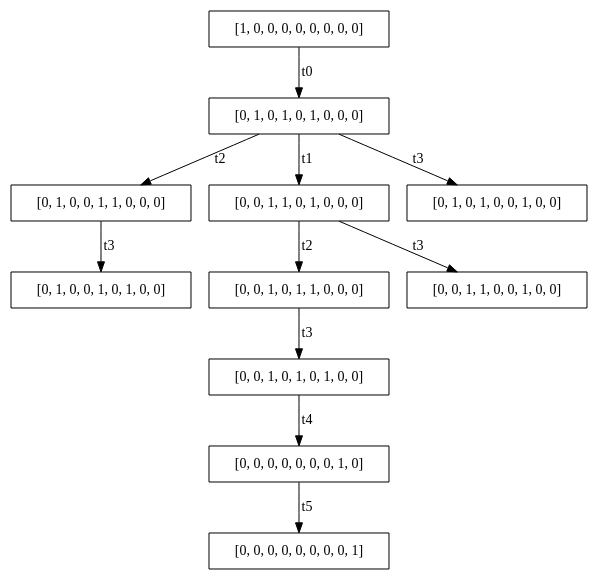
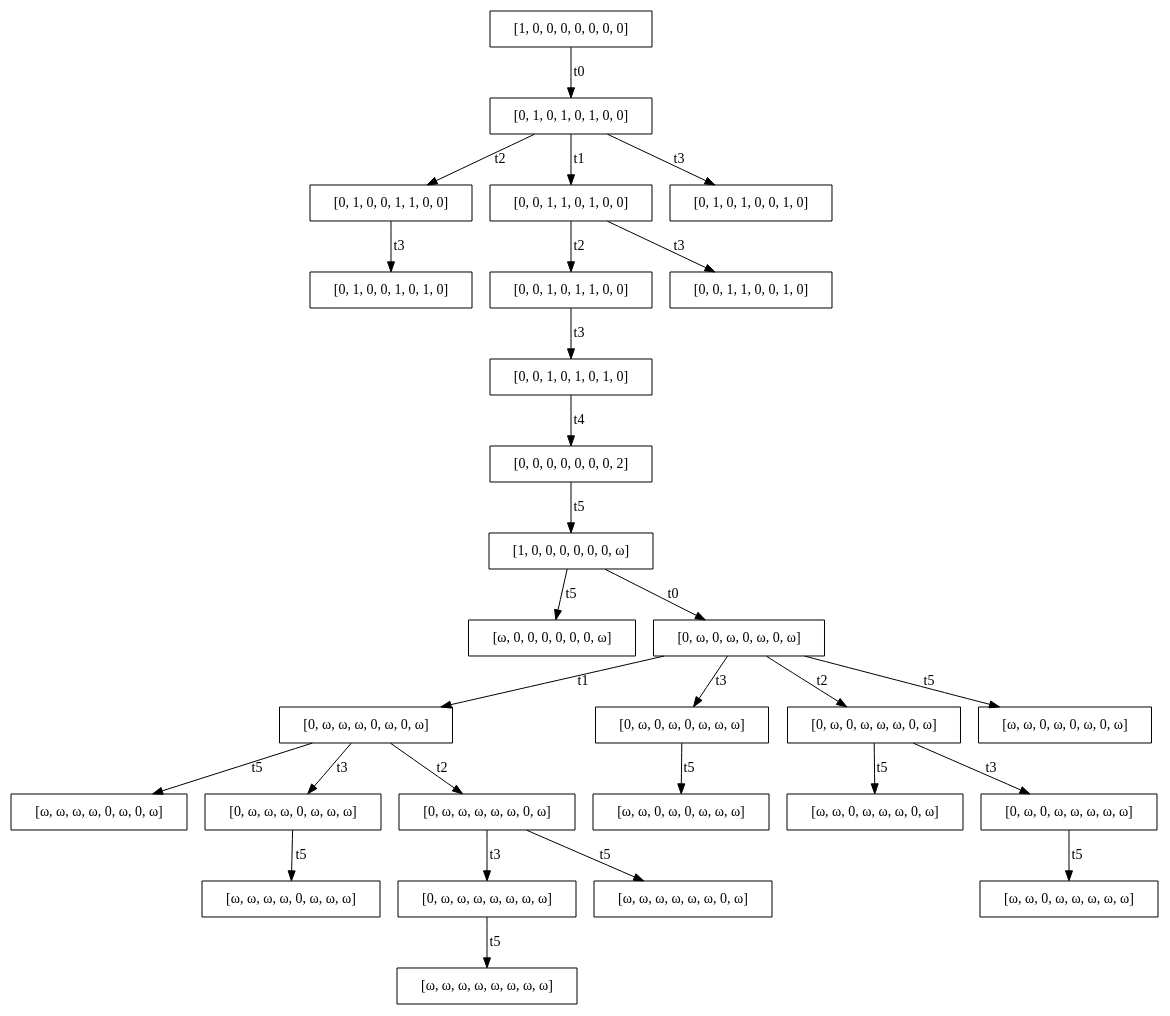
One commit to juanchula/reachability-tree changed the diagram in salida.dot. Above: the diagram before and after it, drawn with Graphviz. The commit also changed 5 other files, not shown here.

```diff
--- a/salida.dot
+++ b/salida.dot
@@ -1,26 +1,60 @@
 digraph ReachabilityTree {
   node [shape=box];
 
-  "m0" [label="[1, 0, 0, 0, 0, 0, 0, 0, 0]"];
-  "m0_t0_t2" [label="[0, 1, 0, 0, 1, 1, 0, 0, 0]"];
-  "m0_t0_t1" [label="[0, 0, 1, 1, 0, 1, 0, 0, 0]"];
-  "m0_t0_t3" [label="[0, 1, 0, 1, 0, 0, 1, 0, 0]"];
-  "m0_t0_t2_t3" [label="[0, 1, 0, 0, 1, 0, 1, 0, 0]"];
-  "m0_t0_t1_t2" [label="[0, 0, 1, 0, 1, 1, 0, 0, 0]"];
-  "m0_t0_t1_t2_t3" [label="[0, 0, 1, 0, 1, 0, 1, 0, 0]"];
-  "m0_t0_t1_t3" [label="[0, 0, 1, 1, 0, 0, 1, 0, 0]"];
-  "m0_t0" [label="[0, 1, 0, 1, 0, 1, 0, 0, 0]"];
-  "m0_t0_t1_t2_t3_t4" [label="[0, 0, 0, 0, 0, 0, 0, 1, 0]"];
-  "m0_t0_t1_t2_t3_t4_t5" [label="[0, 0, 0, 0, 0, 0, 0, 0, 1]"];
+  "m0_t0" [label="[0, 1, 0, 1, 0, 1, 0, 0]"];
+  "m0_t0_t1_t2_t3_t4_t5_t0_t2_t5" [label="[ω, ω, 0, ω, ω, ω, 0, ω]"];
+  "m0_t0_t1_t2_t3_t4_t5_t0_t2_t3" [label="[0, ω, 0, ω, ω, ω, ω, ω]"];
+  "m0_t0_t1_t2" [label="[0, 0, 1, 0, 1, 1, 0, 0]"];
+  "m0_t0_t1_t3" [label="[0, 0, 1, 1, 0, 0, 1, 0]"];
+  "m0_t0_t1_t2_t3_t4_t5_t0_t1_t2_t3_t5" [label="[ω, ω, ω, ω, ω, ω, ω, ω]"];
+  "m0_t0_t1_t2_t3_t4_t5_t0_t2_t3_t5" [label="[ω, ω, 0, ω, ω, ω, ω, ω]"];
+  "m0_t0_t1_t2_t3_t4_t5_t0_t1_t3_t5" [label="[ω, ω, ω, ω, 0, ω, ω, ω]"];
+  "m0_t0_t2" [label="[0, 1, 0, 0, 1, 1, 0, 0]"];
+  "m0_t0_t1" [label="[0, 0, 1, 1, 0, 1, 0, 0]"];
+  "m0_t0_t3" [label="[0, 1, 0, 1, 0, 0, 1, 0]"];
+  "m0_t0_t1_t2_t3_t4_t5" [label="[1, 0, 0, 0, 0, 0, 0, ω]"];
+  "m0_t0_t1_t2_t3_t4_t5_t0_t1" [label="[0, ω, ω, ω, 0, ω, 0, ω]"];
+  "m0_t0_t1_t2_t3_t4_t5_t0_t3" [label="[0, ω, 0, ω, 0, ω, ω, ω]"];
+  "m0_t0_t1_t2_t3_t4_t5_t0_t2" [label="[0, ω, 0, ω, ω, ω, 0, ω]"];
+  "m0_t0_t1_t2_t3_t4_t5_t0_t5" [label="[ω, ω, 0, ω, 0, ω, 0, ω]"];
+  "m0_t0_t1_t2_t3_t4_t5_t5" [label="[ω, 0, 0, 0, 0, 0, 0, ω]"];
+  "m0_t0_t1_t2_t3_t4_t5_t0_t1_t5" [label="[ω, ω, ω, ω, 0, ω, 0, ω]"];
+  "m0_t0_t1_t2_t3_t4_t5_t0_t1_t3" [label="[0, ω, ω, ω, 0, ω, ω, ω]"];
+  "m0_t0_t1_t2_t3_t4_t5_t0" [label="[0, ω, 0, ω, 0, ω, 0, ω]"];
+  "m0_t0_t1_t2_t3_t4_t5_t0_t1_t2" [label="[0, ω, ω, ω, ω, ω, 0, ω]"];
+  "m0_t0_t2_t3" [label="[0, 1, 0, 0, 1, 0, 1, 0]"];
+  "m0_t0_t1_t2_t3" [label="[0, 0, 1, 0, 1, 0, 1, 0]"];
+  "m0_t0_t1_t2_t3_t4" [label="[0, 0, 0, 0, 0, 0, 0, 2]"];
+  "m0" [label="[1, 0, 0, 0, 0, 0, 0, 0]"];
+  "m0_t0_t1_t2_t3_t4_t5_t0_t3_t5" [label="[ω, ω, 0, ω, 0, ω, ω, ω]"];
+  "m0_t0_t1_t2_t3_t4_t5_t0_t1_t2_t3" [label="[0, ω, ω, ω, ω, ω, ω, ω]"];
+  "m0_t0_t1_t2_t3_t4_t5_t0_t1_t2_t5" [label="[ω, ω, ω, ω, ω, ω, 0, ω]"];
 
+  "m0" -> "m0_t0" [label="t0"];
+  "m0_t0_t1_t2_t3_t4_t5_t0_t2" -> "m0_t0_t1_t2_t3_t4_t5_t0_t2_t5" [label="t5"];
+  "m0_t0_t1_t2_t3_t4_t5_t0_t2" -> "m0_t0_t1_t2_t3_t4_t5_t0_t2_t3" [label="t3"];
+  "m0_t0_t1" -> "m0_t0_t1_t2" [label="t2"];
+  "m0_t0_t1" -> "m0_t0_t1_t3" [label="t3"];
+  "m0_t0_t1_t2_t3_t4_t5_t0_t1_t2_t3" -> "m0_t0_t1_t2_t3_t4_t5_t0_t1_t2_t3_t5" [label="t5"];
+  "m0_t0_t1_t2_t3_t4_t5_t0_t2_t3" -> "m0_t0_t1_t2_t3_t4_t5_t0_t2_t3_t5" [label="t5"];
+  "m0_t0_t1_t2_t3_t4_t5_t0_t1_t3" -> "m0_t0_t1_t2_t3_t4_t5_t0_t1_t3_t5" [label="t5"];
   "m0_t0" -> "m0_t0_t2" [label="t2"];
   "m0_t0" -> "m0_t0_t1" [label="t1"];
   "m0_t0" -> "m0_t0_t3" [label="t3"];
+  "m0_t0_t1_t2_t3_t4" -> "m0_t0_t1_t2_t3_t4_t5" [label="t5"];
+  "m0_t0_t1_t2_t3_t4_t5_t0" -> "m0_t0_t1_t2_t3_t4_t5_t0_t1" [label="t1"];
+  "m0_t0_t1_t2_t3_t4_t5_t0" -> "m0_t0_t1_t2_t3_t4_t5_t0_t3" [label="t3"];
+  "m0_t0_t1_t2_t3_t4_t5_t0" -> "m0_t0_t1_t2_t3_t4_t5_t0_t2" [label="t2"];
+  "m0_t0_t1_t2_t3_t4_t5_t0" -> "m0_t0_t1_t2_t3_t4_t5_t0_t5" [label="t5"];
+  "m0_t0_t1_t2_t3_t4_t5" -> "m0_t0_t1_t2_t3_t4_t5_t5" [label="t5"];
+  "m0_t0_t1_t2_t3_t4_t5_t0_t1" -> "m0_t0_t1_t2_t3_t4_t5_t0_t1_t5" [label="t5"];
+  "m0_t0_t1_t2_t3_t4_t5_t0_t1" -> "m0_t0_t1_t2_t3_t4_t5_t0_t1_t3" [label="t3"];
+  "m0_t0_t1_t2_t3_t4_t5" -> "m0_t0_t1_t2_t3_t4_t5_t0" [label="t0"];
+  "m0_t0_t1_t2_t3_t4_t5_t0_t1" -> "m0_t0_t1_t2_t3_t4_t5_t0_t1_t2" [label="t2"];
   "m0_t0_t2" -> "m0_t0_t2_t3" [label="t3"];
-  "m0_t0_t1" -> "m0_t0_t1_t2" [label="t2"];
   "m0_t0_t1_t2" -> "m0_t0_t1_t2_t3" [label="t3"];
-  "m0_t0_t1" -> "m0_t0_t1_t3" [label="t3"];
-  "m0" -> "m0_t0" [label="t0"];
   "m0_t0_t1_t2_t3" -> "m0_t0_t1_t2_t3_t4" [label="t4"];
-  "m0_t0_t1_t2_t3_t4" -> "m0_t0_t1_t2_t3_t4_t5" [label="t5"];
+  "m0_t0_t1_t2_t3_t4_t5_t0_t3" -> "m0_t0_t1_t2_t3_t4_t5_t0_t3_t5" [label="t5"];
+  "m0_t0_t1_t2_t3_t4_t5_t0_t1_t2" -> "m0_t0_t1_t2_t3_t4_t5_t0_t1_t2_t3" [label="t3"];
+  "m0_t0_t1_t2_t3_t4_t5_t0_t1_t2" -> "m0_t0_t1_t2_t3_t4_t5_t0_t1_t2_t5" [label="t5"];
 }
```
